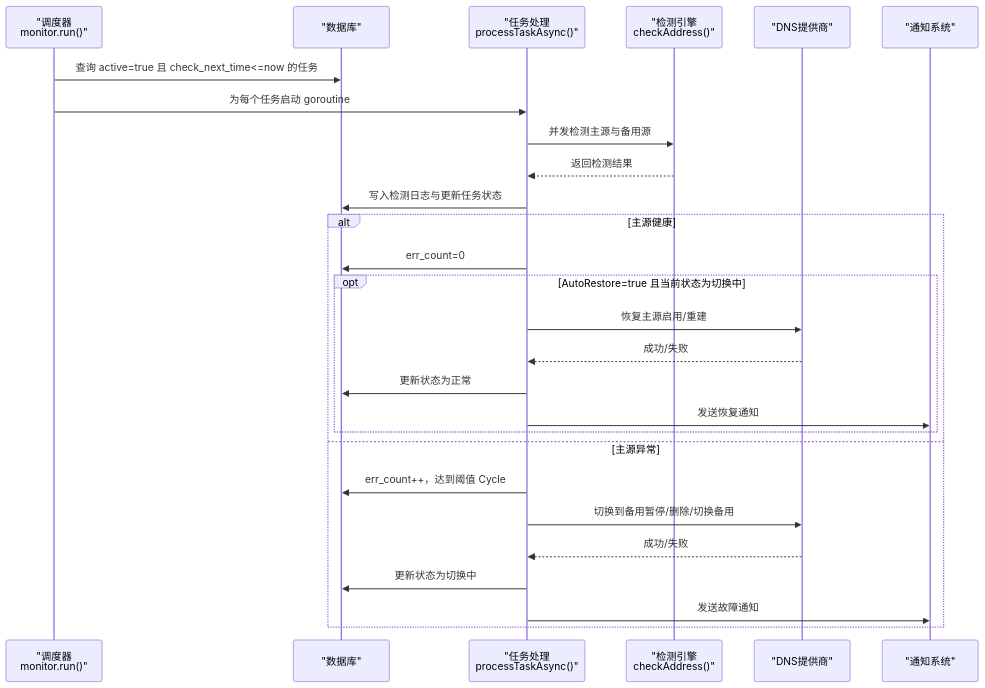
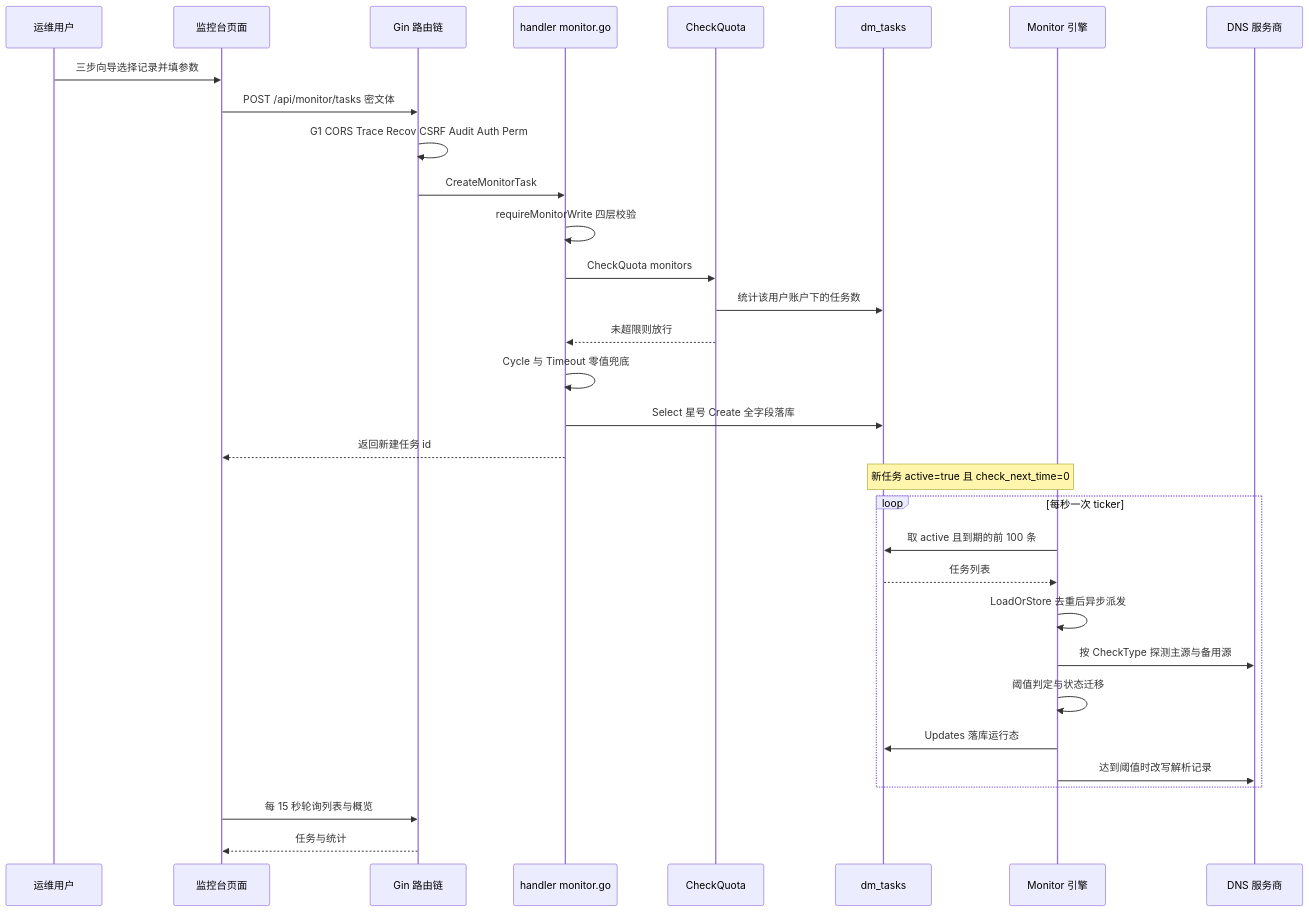
Before and after one commit to x01n/dnsplane: the second of 5 diagrams in docs/监控告警系统/监控任务管理.md, drawn with Mermaid. The commit also changed other lines of this file and 326 other files, not shown here.

````diff
--- a/docs/监控告警系统/监控任务管理.md
+++ b/docs/监控告警系统/监控任务管理.md
@@ -90,29 +174,34 @@
 ```mermaid
 sequenceDiagram
-participant S as "调度器<br/>monitor.run()"
-participant DB as "数据库"
-participant T as "任务处理<br/>processTaskAsync()"
-participant C as "检测引擎<br/>checkAddress()"
-participant P as "DNS提供商"
-participant N as "通知系统"
-S->>DB : 查询 active=true 且 check_next_time<=now 的任务
-S->>T : 为每个任务启动 goroutine
-T->>C : 并发检测主源与备用源
-C-->>T : 返回检测结果
-T->>DB : 写入检测日志与更新任务状态
-alt 主源健康
-T->>DB : err_count=0
-opt AutoRestore=true 且当前状态为切换中
-T->>P : 恢复主源启用/重建
-P-->>T : 成功/失败
-T->>DB : 更新状态为正常
-T->>N : 发送恢复通知
-end
-else 主源异常
-T->>DB : err_count++，达到阈值 Cycle
-T->>P : 切换到备用暂停/删除/切换备用
-P-->>T : 成功/失败
-T->>DB : 更新状态为切换中
-T->>N : 发送故障通知
-end
+    participant U as 运维用户
+    participant W as 监控台页面
+    participant GW as Gin 路由链
+    participant H as handler monitor.go
+    participant Q as CheckQuota
+    participant DB as dm_tasks
+    participant M as Monitor 引擎
+    participant PV as DNS 服务商
+    U->>W: 三步向导选择记录并填参数
+    W->>GW: POST /api/monitor/tasks 密文体
+    GW->>GW: G1 CORS Trace Recov CSRF Audit Auth Perm
+    GW->>H: CreateMonitorTask
+    H->>H: requireMonitorWrite 四层校验
+    H->>Q: CheckQuota monitors
+    Q->>DB: 统计该用户账户下的任务数
+    Q-->>H: 未超限则放行
+    H->>H: Cycle 与 Timeout 零值兜底
+    H->>DB: Select 星号 Create 全字段落库
+    H-->>W: 返回新建任务 id
+    Note over DB,M: 新任务 active=true 且 check_next_time=0
+    loop 每秒一次 ticker
+        M->>DB: 取 active 且到期的前 100 条
+        DB-->>M: 任务列表
+        M->>M: LoadOrStore 去重后异步派发
+        M->>PV: 按 CheckType 探测主源与备用源
+        M->>M: 阈值判定与状态迁移
+        M->>DB: Updates 落库运行态
+        M->>PV: 达到阈值时改写解析记录
+    end
+    W->>GW: 每 15 秒轮询列表与概览
+    GW-->>W: 任务与统计
 ```
````
